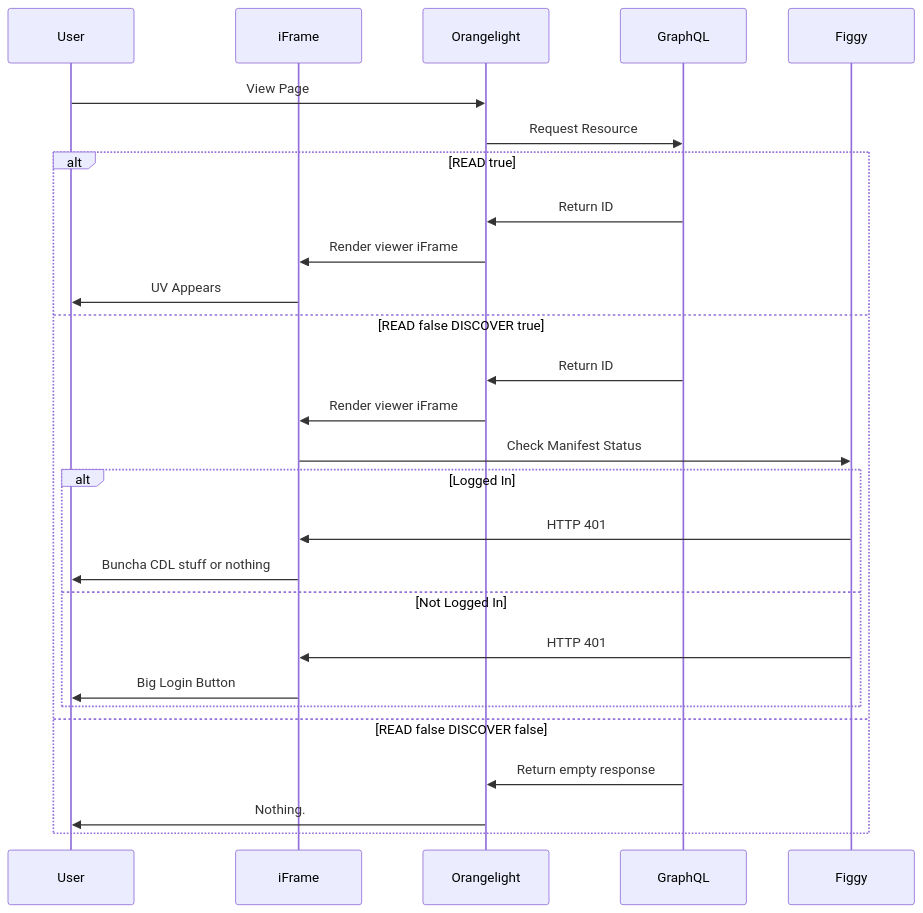
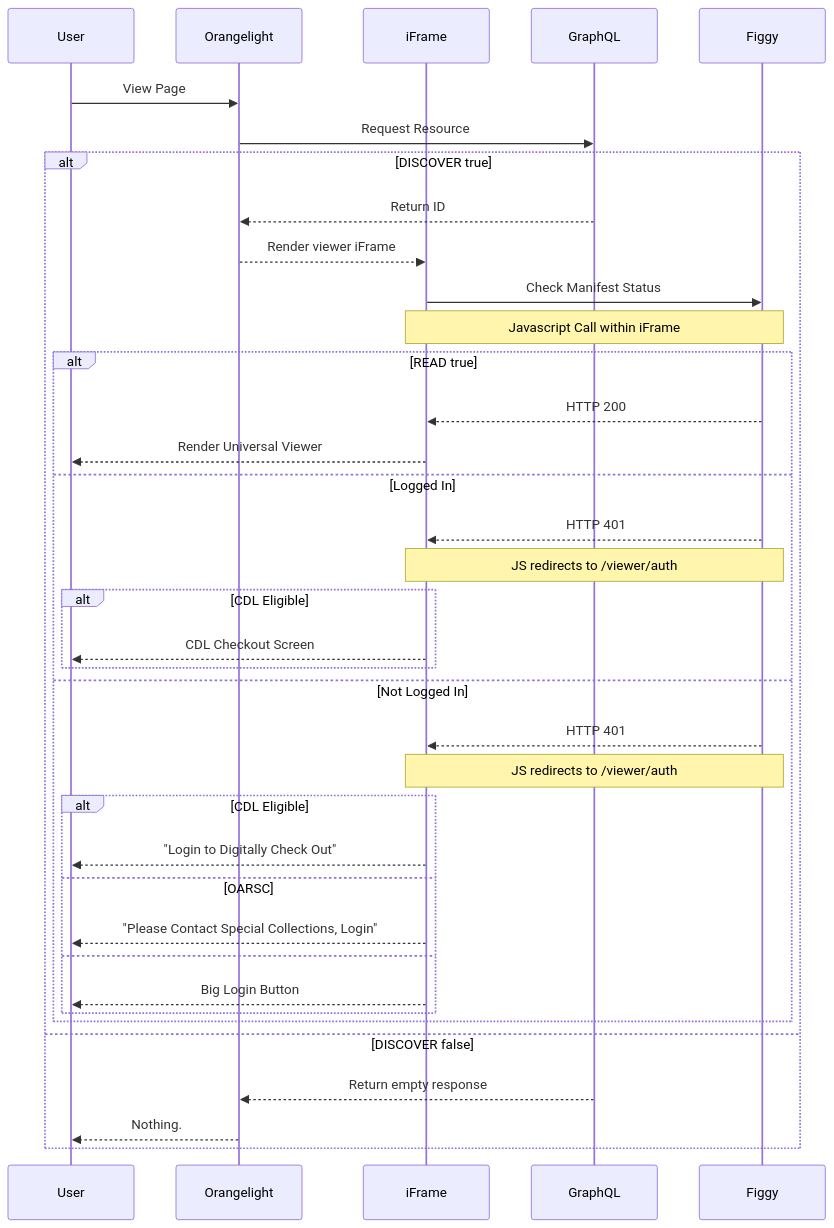
The first of 2 diagrams in docs/technical/viewer-flow.md (pulibrary/figgy), drawn with Mermaid before and after one commit. The commit also changed other lines of this file, not shown here.

Commit message:
Expand on viewer flow.

````diff
--- a/docs/technical/viewer-flow.md
+++ b/docs/technical/viewer-flow.md
@@ -7,30 +7,41 @@
 ```mermaid
 sequenceDiagram
   participant User
+  participant Orangelight
   participant iFrame
-  participant Orangelight
   participant GraphQL
   participant Figgy
   User->>Orangelight: View Page
   Orangelight->>GraphQL: Request Resource
-  alt READ true
-    GraphQL->>Orangelight: Return ID
-    Orangelight->>iFrame: Render viewer iFrame
-    iFrame->>User: UV Appears
-  else READ false DISCOVER true
-    GraphQL->>Orangelight: Return ID
-    Orangelight->>iFrame: Render viewer iFrame
+  alt DISCOVER true
+    GraphQL-->>Orangelight: Return ID
+    Orangelight-->>iFrame: Render viewer iFrame
     iFrame->>Figgy: Check Manifest Status
-    alt Logged In
-      Figgy->>iFrame: HTTP 401
-      iFrame->>User: Buncha CDL stuff or nothing
+    Note over iFrame,Figgy: Javascript Call within iFrame
+    alt READ true
+      Figgy-->>iFrame: HTTP 200
+      iFrame-->>User: Render Universal Viewer
+    else Logged In
+      Figgy-->>iFrame: HTTP 401
+      Note over iFrame,Figgy: JS redirects to /viewer/auth
+      alt CDL Eligible
+        iFrame-->>User: CDL Checkout Screen
+      end
     else Not Logged In
-      Figgy->>iFrame: HTTP 401
-      iFrame->>User: Big Login Button
+      Figgy-->>iFrame: HTTP 401
+      Note over iFrame,Figgy: JS redirects to /viewer/auth
+      %% We could put click-throughs here...?
+      alt CDL Eligible
+        iFrame-->>User: "Login to Digitally Check Out"
+      else OARSC
+        iFrame-->>User: "Please Contact Special Collections, Login"
+      else
+        iFrame-->>User: Big Login Button
+      end
     end
-  else READ false DISCOVER false
-    GraphQL->>Orangelight: Return empty response
-    Orangelight->>User: Nothing.
+  else DISCOVER false
+    GraphQL-->>Orangelight: Return empty response
+    Orangelight-->>User: Nothing.
   end
-    
+
 ```
````
